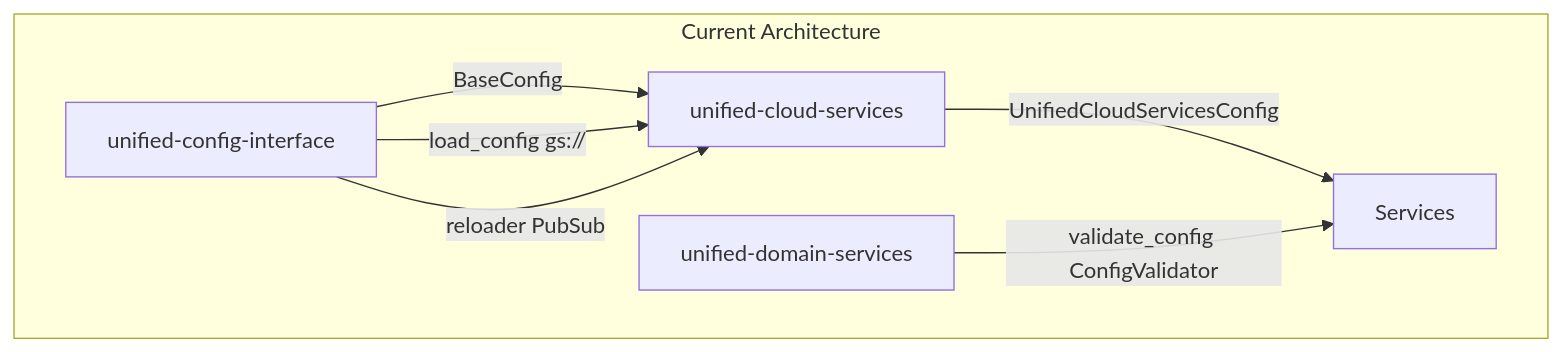
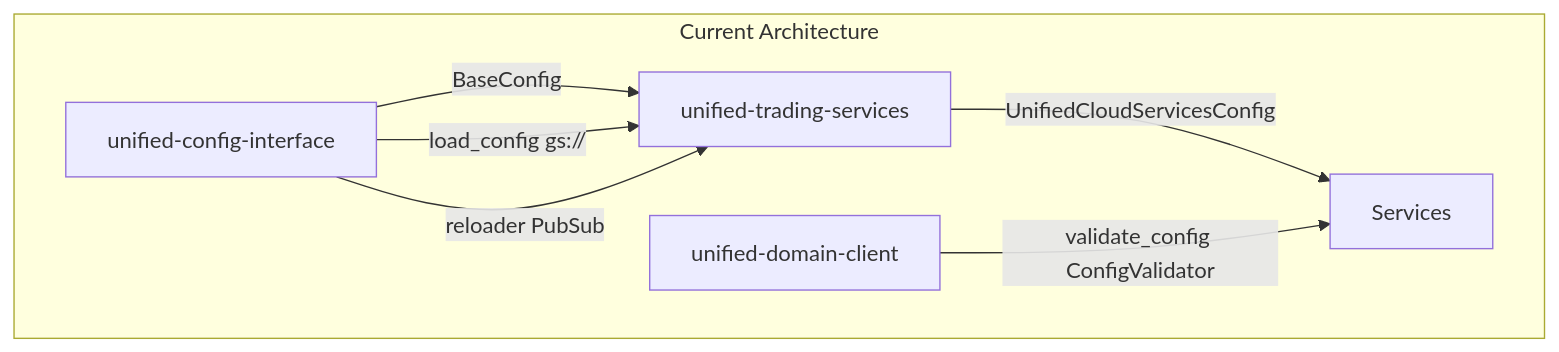
One commit to IggyIkenna/unified-trading-pm changed the first of 2 diagrams in plans/ai/archive/2026-02-completed-work/unified_config_interface_overhaul_consolidated.plan.md. Above: the diagram before and after it, drawn with Mermaid. The commit also changed other lines of this file and 453 other files, not shown here.

````diff
--- a/plans/ai/archive/2026-02-completed-work/unified_config_interface_overhaul_consolidated.plan.md
+++ b/plans/ai/archive/2026-02-completed-work/unified_config_interface_overhaul_consolidated.plan.md
@@ -42,15 +42,15 @@
 ```mermaid
 flowchart TB
     subgraph current [Current Architecture]
         UCI[unified-config-interface]
-        UCS[unified-cloud-services]
-        UDS[unified-domain-services]
+        UCS[unified-trading-services]
+        UDS[unified-domain-client]
         SVC[Services]
 
         UCI -->|BaseConfig| UCS
         UCS -->|UnifiedCloudServicesConfig| SVC
         UDS -->|validate_config ConfigValidator| SVC
         UCI -->|load_config gs://| UCS
         UCI -->|reloader PubSub| UCS
     end
 ```
````
